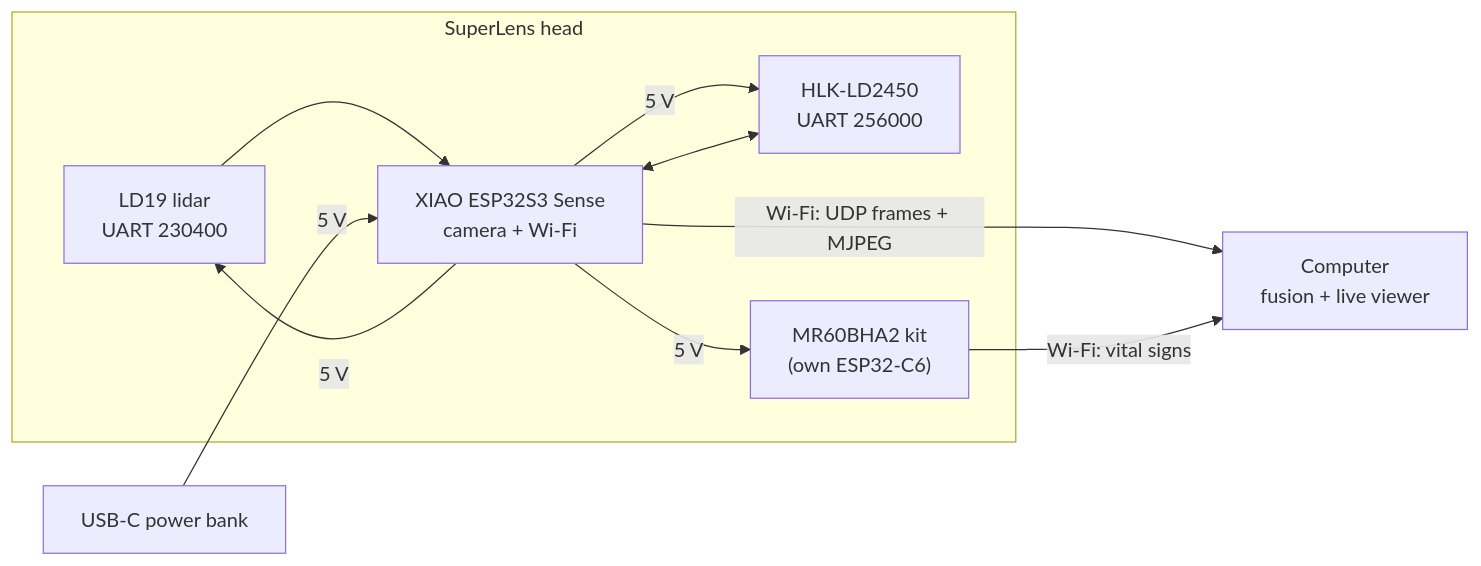
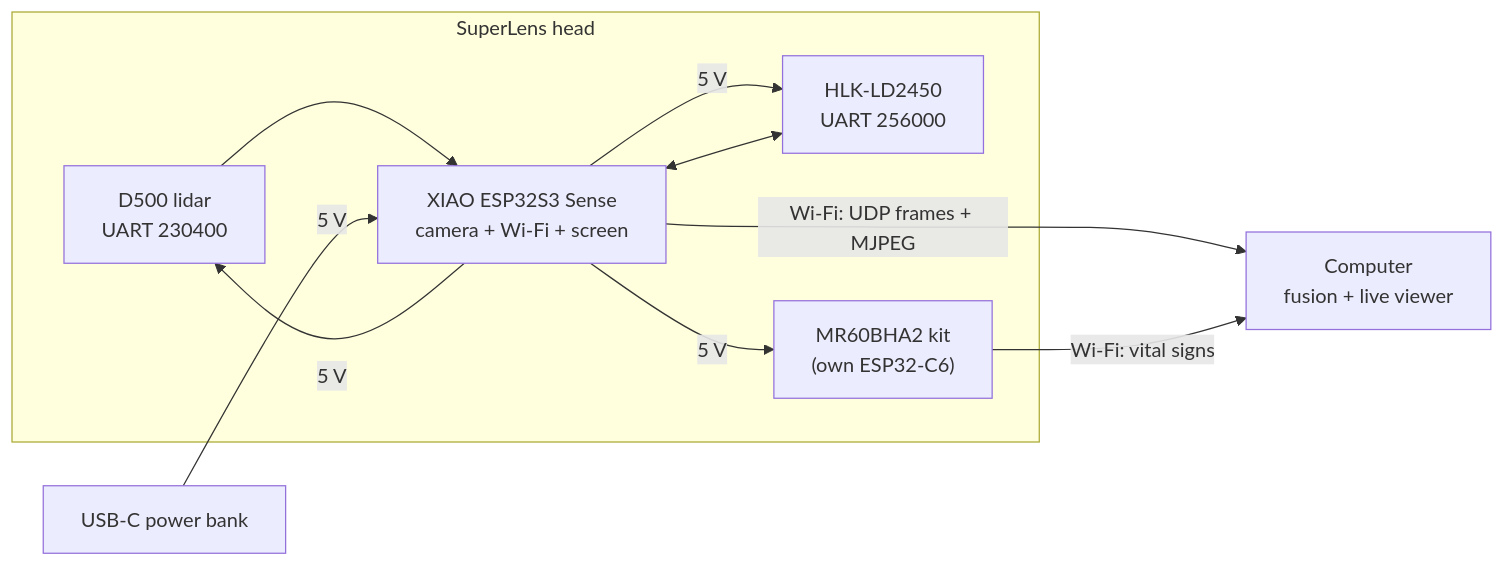
Before and after one commit to SebastienTr/Marvin: the diagram in README.md, drawn with Mermaid. The commit also changed other lines of this file and 7 other files, not shown here.

````diff
--- a/README.md
+++ b/README.md
@@ -37,12 +37,12 @@
 ```mermaid
 flowchart LR
   subgraph Head["SuperLens head"]
-    LD19["LD19 lidar<br/>UART 230400"] --> ESP["XIAO ESP32S3 Sense<br/>camera + Wi-Fi"]
+    LID["D500 lidar<br/>UART 230400"] --> ESP["XIAO ESP32S3 Sense<br/>camera + Wi-Fi + screen"]
     LD2450["HLK-LD2450<br/>UART 256000"] <--> ESP
     MR60["MR60BHA2 kit<br/>(own ESP32-C6)"]
   end
   Bank["USB-C power bank"] -->|5 V| ESP
-  ESP -->|5 V| LD19 & LD2450 & MR60
+  ESP -->|5 V| LID & LD2450 & MR60
   ESP -->|"Wi-Fi: UDP frames + MJPEG"| PC["Computer<br/>fusion + live viewer"]
   MR60 -->|"Wi-Fi: vital signs"| PC
 ```
````
